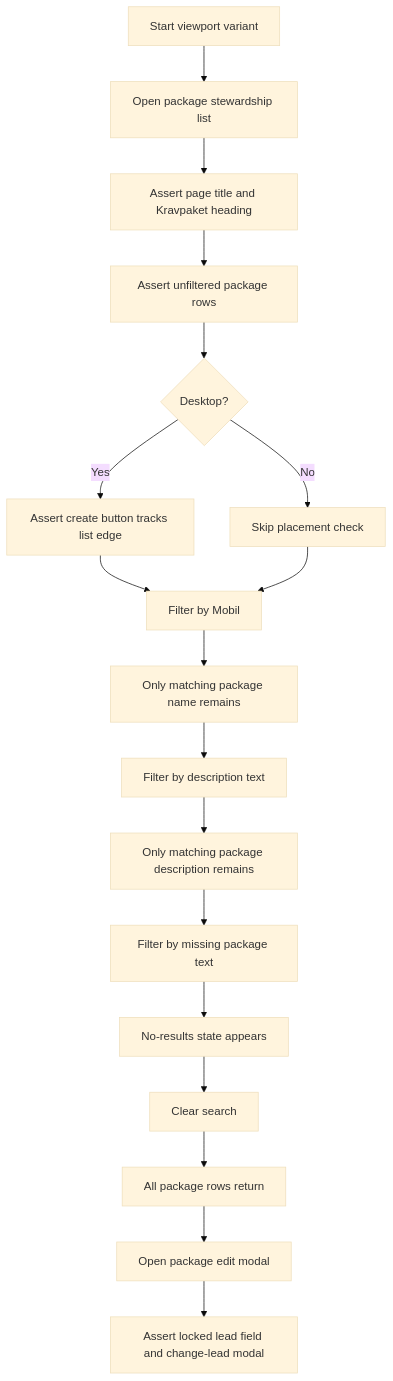
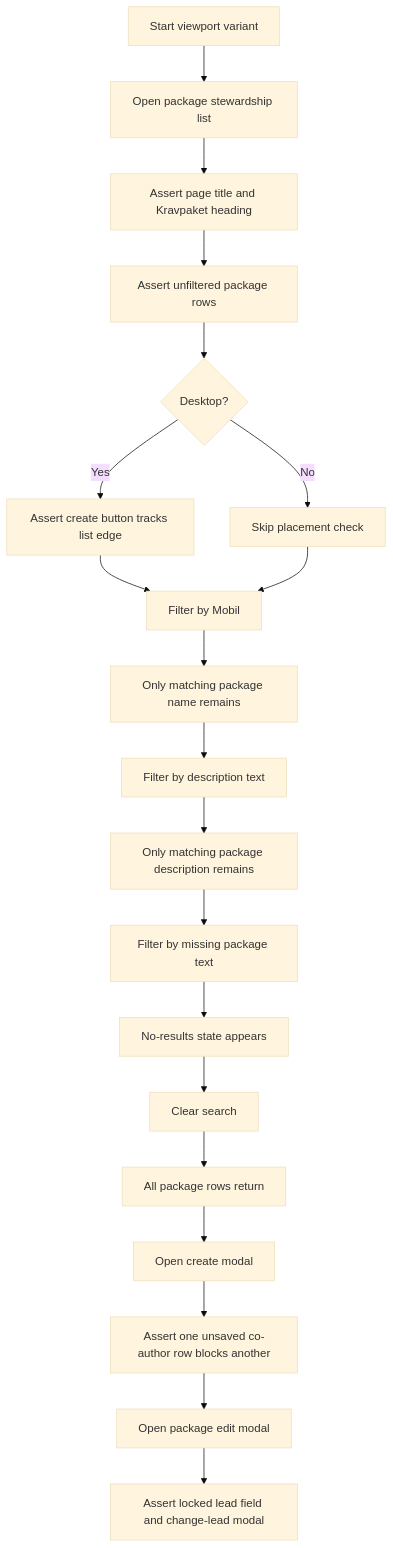
One commit to viscalyx/Kravhantering changed the first of 3 diagrams in tests/integration/requirement-packages-list.md. Above: the diagram before and after it, drawn with Mermaid (base theme). The commit also changed other lines of this file and 6 other files, not shown here.

Commit message:
feat: implement unsaved co-author entry handling and update related UI and tests

````diff
--- a/tests/integration/requirement-packages-list.md
+++ b/tests/integration/requirement-packages-list.md
@@ -15,20 +15,22 @@
 ```mermaid
 flowchart TD
     A[Start viewport variant] --> B[Open package stewardship list]
     B --> C[Assert page title and Kravpaket heading]
     C --> D[Assert unfiltered package rows]
     D --> E{Desktop?}
     E -- Yes --> F[Assert create button tracks list edge]
     E -- No --> G[Skip placement check]
     F --> H[Filter by Mobil]
     G --> H
     H --> I[Only matching package name remains]
     I --> J[Filter by description text]
     J --> K[Only matching package description remains]
     K --> L[Filter by missing package text]
     L --> M[No-results state appears]
     M --> N[Clear search]
     N --> O[All package rows return]
-    O --> P[Open package edit modal]
-    P --> Q[Assert locked lead field and change-lead modal]
+    O --> P[Open create modal]
+    P --> Q[Assert one unsaved co-author row blocks another]
+    Q --> R[Open package edit modal]
+    R --> S[Assert locked lead field and change-lead modal]
 ```
````
